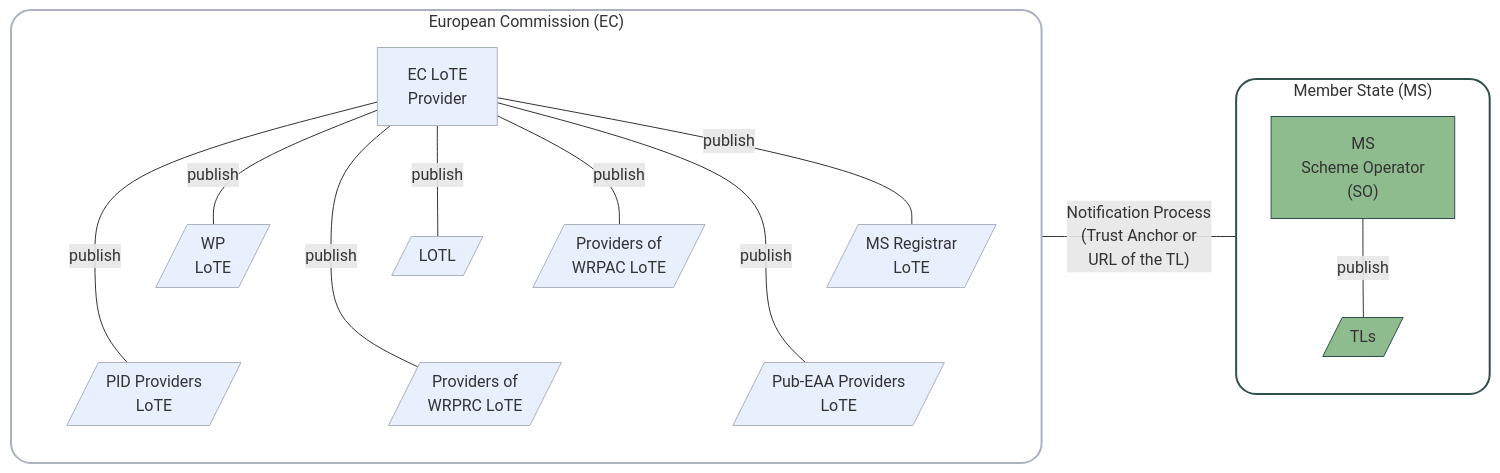
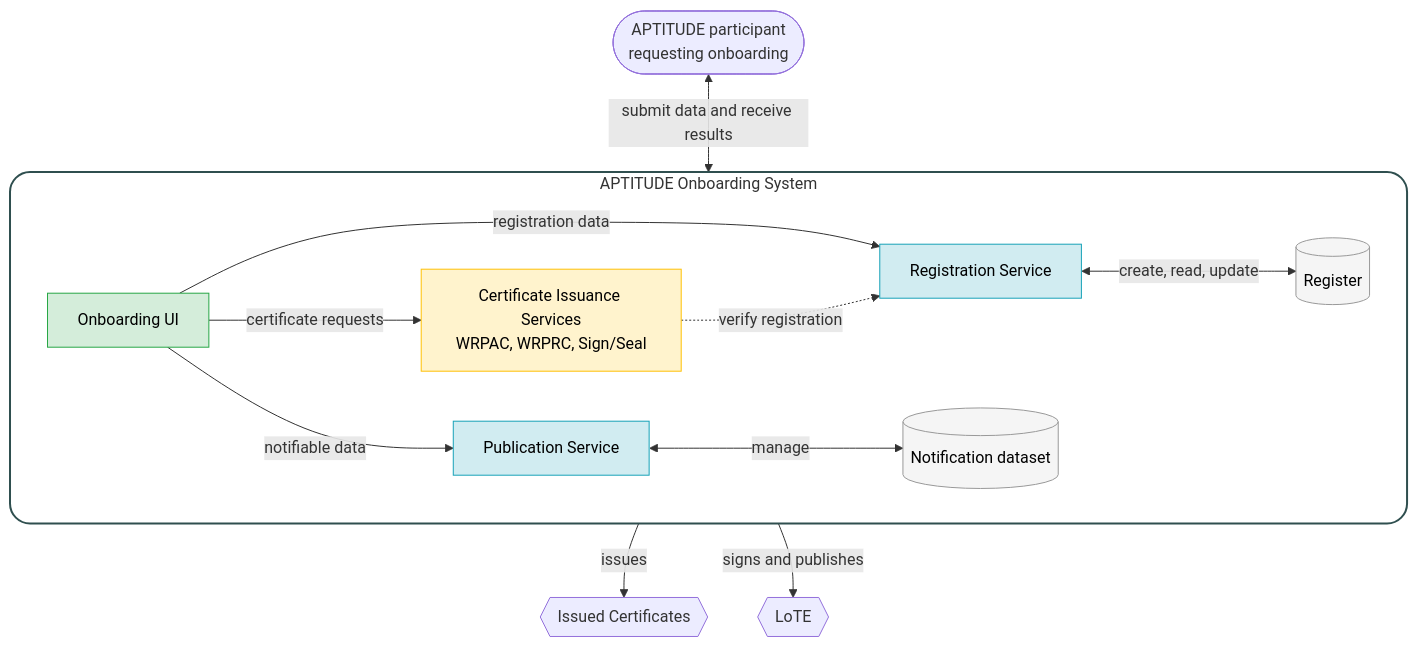
Before and after one commit to APTITUDE-Consortium/wp2-trust-specifications: the third of 3 diagrams in docs/topics/trust-architecture.md, drawn with Mermaid. The commit also changed other lines of this file, not shown here.

Commit message:
chore: trust-architecture overhaul

````diff
--- a/docs/topics/trust-architecture.md
+++ b/docs/topics/trust-architecture.md
@@ -108,43 +152,34 @@
-    ```mermaid
-    flowchart LR
+```mermaid
+flowchart TB
+    Entity(["APTITUDE participant<br/>requesting onboarding"])
 
-    subgraph MS["Member State (MS)"]
-        MSTLP["MS  <br/>Scheme Operator  <br/>(SO)"]
-        TLs[/TLs/]
-        MSTLP ---|"publish"| TLs
+    subgraph System["APTITUDE Onboarding System"]
+        direction LR
+        UI["Onboarding UI"]:::interface
+        RegSvc["Registration Service"]:::service
+        CertSvc["Certificate Issuance Services<br/>WRPAC, WRPRC, Sign/Seal"]:::certificate
+        PubSvc["Publication Service"]:::service
+        Register[("Register")]:::store
+        Notification[("Notification dataset")]:::store
+
+        UI -->|"registration data"| RegSvc
+        RegSvc <-->|"create, read, update"| Register
+        UI -->|"certificate requests"| CertSvc
+        CertSvc -.->|"verify registration"| RegSvc
+        UI -->|"notifiable data"| PubSvc
+        PubSvc <-->|"manage"| Notification
     end
 
-    subgraph EC["European Commission (EC)"]
-        ECLoTE[EC LoTE <br/>Provider]
-        LoTE1[/WP <br/>LoTE/]
-        LoTE2[/PID Providers <br/>LoTE/]
-        LoTE3[/Providers of <br/>WRPAC LoTE/]
-        LoTE4[/Providers of <br/>WRPRC LoTE/]
-        LoTE5[/MS Registrar <br/>LoTE/]
-        LoTE6[/Pub-EAA Providers <br/>LoTE/]
-        LOTL[/LOTL/]
-        ECLoTE ---|"publish"| LoTE1
-        ECLoTE ---|"publish"| LoTE2
-        ECLoTE ---|"publish"| LoTE3
-        ECLoTE ---|"publish"| LoTE4
-        ECLoTE ---|"publish"| LoTE5
-        ECLoTE ---|"publish"| LoTE6
-        ECLoTE ---|"publish"| LOTL
-    end
+    Certificates{{"Issued Certificates"}}
+    Lists{{"LoTE"}}
 
-    LoTE1 ~~~ LoTE2
-    LoTE3 ~~~ LoTE4
-    LoTE5 ~~~ LoTE6
+    Entity <-->|"submit data and receive results"| UI
+    CertSvc -->|"issues"| Certificates
+    PubSvc -->|"signs and publishes"| Lists
 
-    %% Style
-    style EC fill:#ffff,stroke:#abb2bf,stroke-width:2px,rx:20,ry:20
-    style MS fill:#ffff,stroke:#2f4f4f,stroke-width:2px,rx:20,ry:20
-    classDef blue fill:#e8f0fe,stroke:#abb2bf
-    classDef green fill:#8fbc8f,stroke:#2f4f4f
-
-    class ECLoTE,ECNS,LoTE1,LoTE2,LoTE3,LoTE4,LoTE5,LoTE6,LOTL blue;
-    class MSTLP,TLs green;
-
-    %% Arrows
-    EC ---|"Notification Process <br/>(Trust Anchor or <br/>URL of the TL)"| MS
-    ```
+    classDef interface fill:#d4edda,stroke:#28a745,color:#000;
+    classDef service fill:#d1ecf1,stroke:#17a2b8,color:#000;
+    classDef certificate fill:#fff3cd,stroke:#ffc107,color:#000;
+    classDef store fill:#f5f5f5,stroke:#999,color:#000;
+    style System fill:#fff,stroke:#2f4f4f,stroke-width:2px,rx:20,ry:20
+```
````
